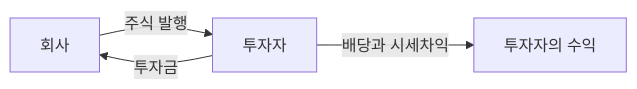
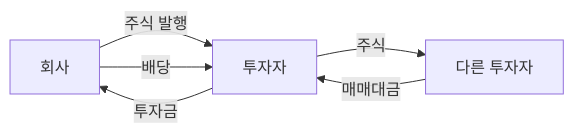
The diagram in part1-basics/1-1-what-is-stock.md (yshyuk/stock-wiki), drawn with Mermaid before and after one commit. The commit also changed other lines of this file, not shown here.

````diff
--- a/part1-basics/1-1-what-is-stock.md
+++ b/part1-basics/1-1-what-is-stock.md
@@ -28,6 +28,8 @@
 ```mermaid
 flowchart LR
     A[회사] -- 주식 발행 --> B[투자자]
     B -- 투자금 --> A
-    B -- 배당과 시세차익 --> C[투자자의 수익]
+    A -- 배당 --> B
+    B -- 주식 --> C[다른 투자자]
+    C -- 매매대금 --> B
 ```
````
